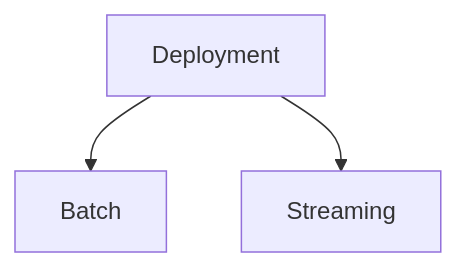
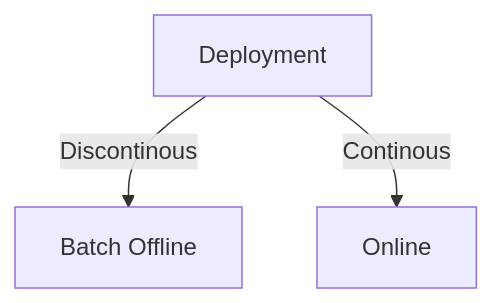
The diagram in README.md (mossdet/mlops-dlp), drawn with Mermaid before and after one commit. The commit also changed 1 other file, not shown here.

Commit message:
update readmes

````diff
--- a/README.md
+++ b/README.md
@@ -42,5 +42,5 @@
 ```mermaid
 graph TD
-    A[Deployment]-->B[Batch];
-    A-->C[Streaming];
+    A[Deployment]--> |Discontinous| B[Batch Offline];
+    A--> |Continous| C[Online];
 ```
````
